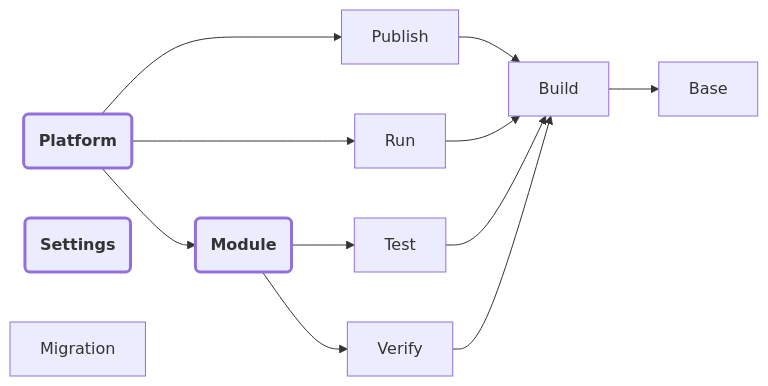
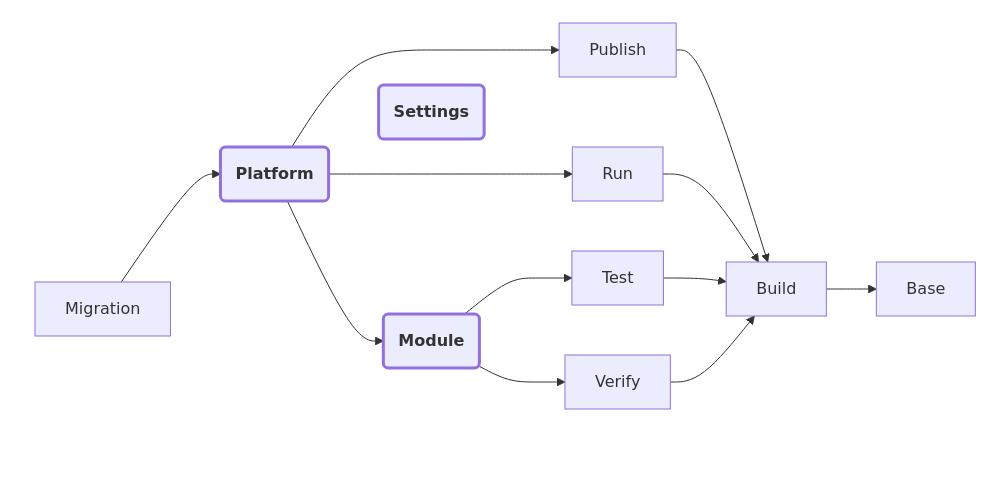
One commit to JetBrains/intellij-sdk-docs changed the diagram in topics/appendix/tools/intellij_platform_gradle_plugin/tools_intellij_platform_gradle_plugin_plugins.md. Above: the diagram before and after it, drawn with Mermaid. The commit also changed other lines of this file, not shown here.

Commit message:
IntelliJ Platform Gradle Plugin: Make `IntelliJPlatformMigrationPlugin` dependent on `IntelliJPlatformPlugin`

````diff
--- a/topics/appendix/tools/intellij_platform_gradle_plugin/tools_intellij_platform_gradle_plugin_plugins.md
+++ b/topics/appendix/tools/intellij_platform_gradle_plugin/tools_intellij_platform_gradle_plugin_plugins.md
@@ -22,37 +22,48 @@
 ```mermaid
 flowchart LR
     Platform("<b>Platform</b>")
     Module("<b>Module</b>")
     Settings("<b>Settings</b>")
     Migration
 
     Base
     Build
     Test
     Verify
     Run
     Publish
 
     Build --> Base
     Publish --> Build
     Run --> Build
     Test --> Build
     Verify --> Build
     Module --> Test & Verify
     Platform --> Publish & Run & Module
 
+    subgraph ALL ["` `"]
+            Settings
+            Platform
+            Module
+            Migration
+    end
+
+    Migration --> Platform
+    Migration ~~~ Build
+
     click Platform "#platform"
     click Module "#module"
     click Settings "#settings"
     click Migration "#migration"
     click Base "#base"
     click Build "#build"
     click Test "#test"
     click Verify "#verify"
     click Run "#run"
     click Publish "#publish"
 
     style Platform stroke-width: 3px
     style Module stroke-width: 3px
     style Settings stroke-width: 3px
+    style ALL fill:transparent,stroke:transparent
 ```
````
